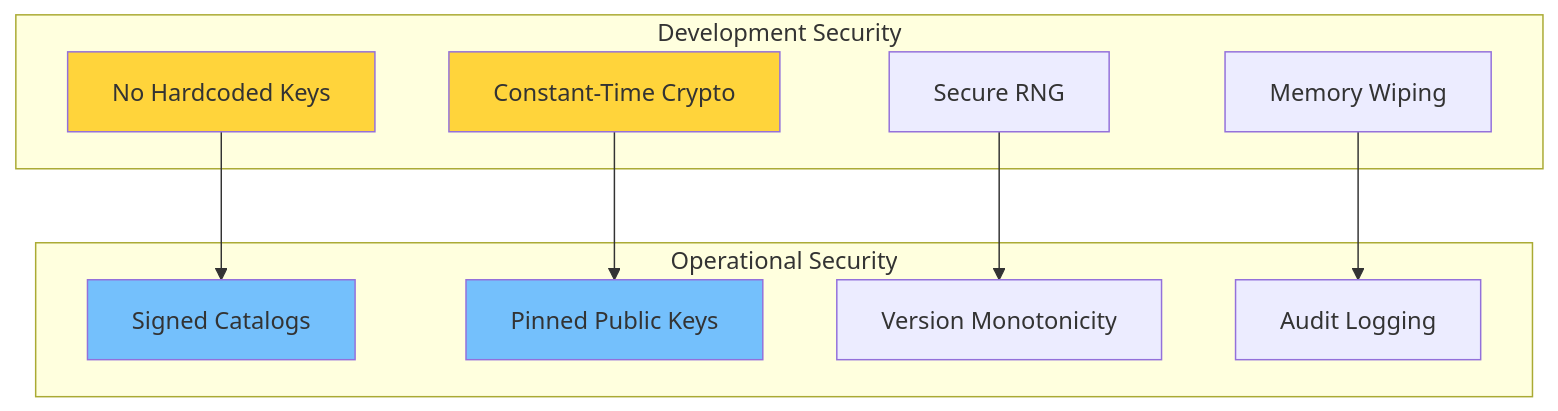
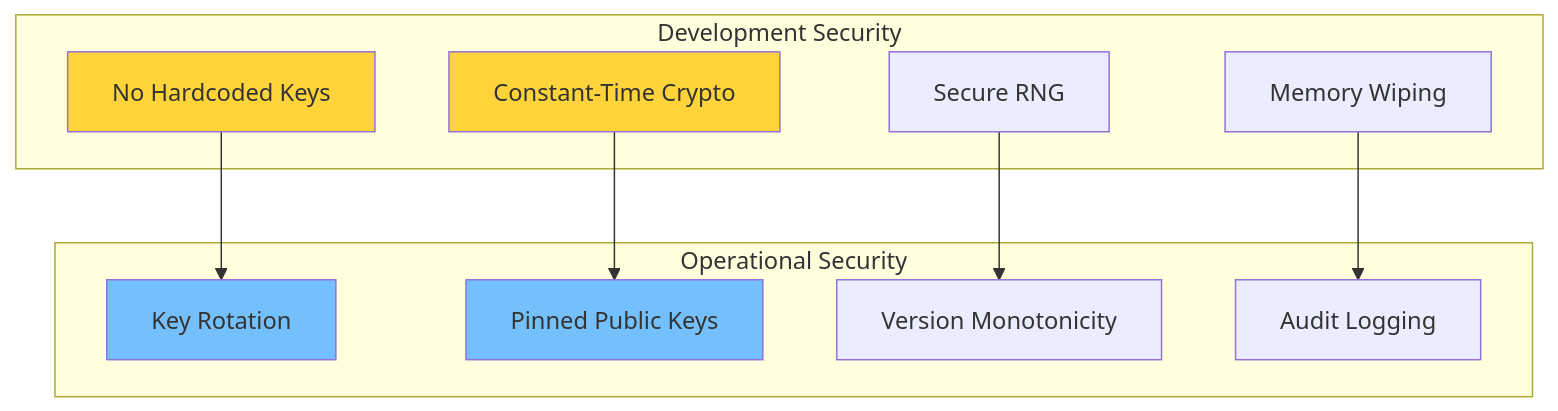
One commit to QW1CKS/qnet changed diagram 12 of 15 in README.md. Above: the diagram before and after it, drawn with Mermaid. The commit also changed other lines of this file and 4 other files, not shown here.

````diff
--- a/README.md
+++ b/README.md
@@ -599,26 +596,26 @@
 ```mermaid
 graph TB
     subgraph "Development Security"
         S1[No Hardcoded Keys]
         S2[Constant-Time Crypto]
         S3[Secure RNG]
         S4[Memory Wiping]
     end
     
     subgraph "Operational Security"
-        S5[Signed Catalogs]
+        S5[Key Rotation]
         S6[Pinned Public Keys]
         S7[Version Monotonicity]
         S8[Audit Logging]
     end
     
     S1 --> S5
     S2 --> S6
     S3 --> S7
     S4 --> S8
     
     style S1 fill:#ffd43b
     style S2 fill:#ffd43b
     style S5 fill:#74c0fc
     style S6 fill:#74c0fc
 ```
````
